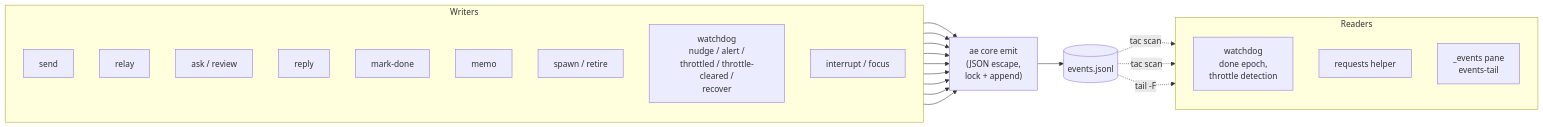
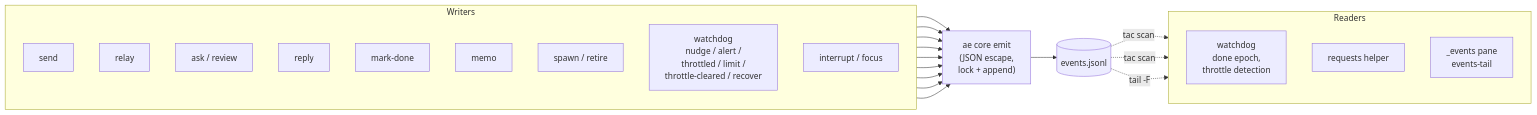
One commit to clemens33/ae changed the diagram in docs/internals/events.md. Above: the diagram before and after it, drawn with Mermaid. The commit also changed other lines of this file and 8 other files, not shown here.

Commit message:
watchdog,list: a limit verdict for a pane showing the vendor usage limit

````diff
--- a/docs/internals/events.md
+++ b/docs/internals/events.md
@@ -9,37 +9,37 @@
 ```mermaid
 flowchart LR
     subgraph Writers
         direction TB
         SH[send]
         RLH[relay]
         AKH[ask / review]
         RPH[reply]
         MDH[mark-done]
         MEH[memo]
         SPH[spawn / retire]
-        LP1["watchdog<br/>nudge / alert /<br/>throttled / throttle-cleared /<br/>recover"]
+        LP1["watchdog<br/>nudge / alert /<br/>throttled / limit /<br/>throttle-cleared / recover"]
         IH[interrupt / focus]
     end
     EE["ae core emit<br/>(JSON escape,<br/>lock + append)"]
     FILE[(events.jsonl)]
     subgraph Readers
         direction TB
         LP2["watchdog<br/>done epoch,<br/>throttle detection"]
         REQ["requests helper"]
         ET["_events pane<br/>events-tail"]
     end
 
     SH --> EE
     RLH --> EE
     AKH --> EE
     RPH --> EE
     MDH --> EE
     MEH --> EE
     SPH --> EE
     LP1 --> EE
     IH --> EE
     EE --> FILE
     FILE -.tac scan.-> LP2
     FILE -.tac scan.-> REQ
     FILE -.tail -F.-> ET
 ```
````
